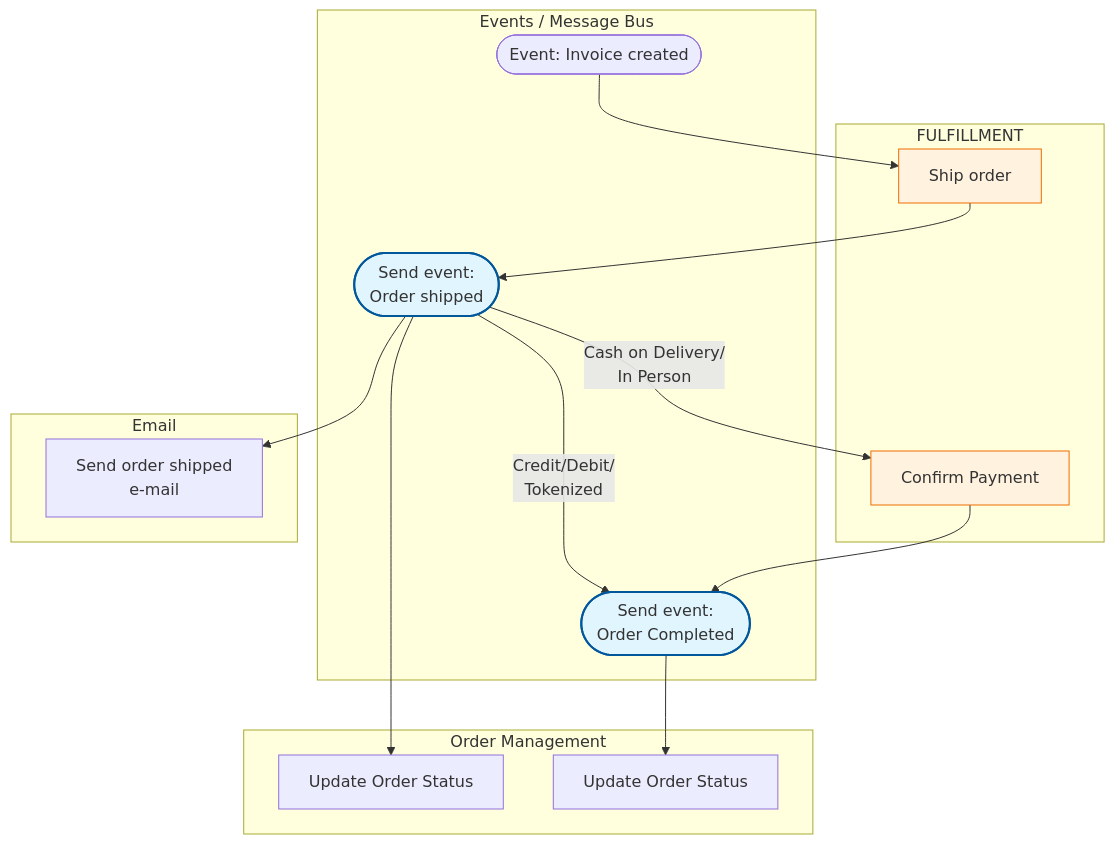
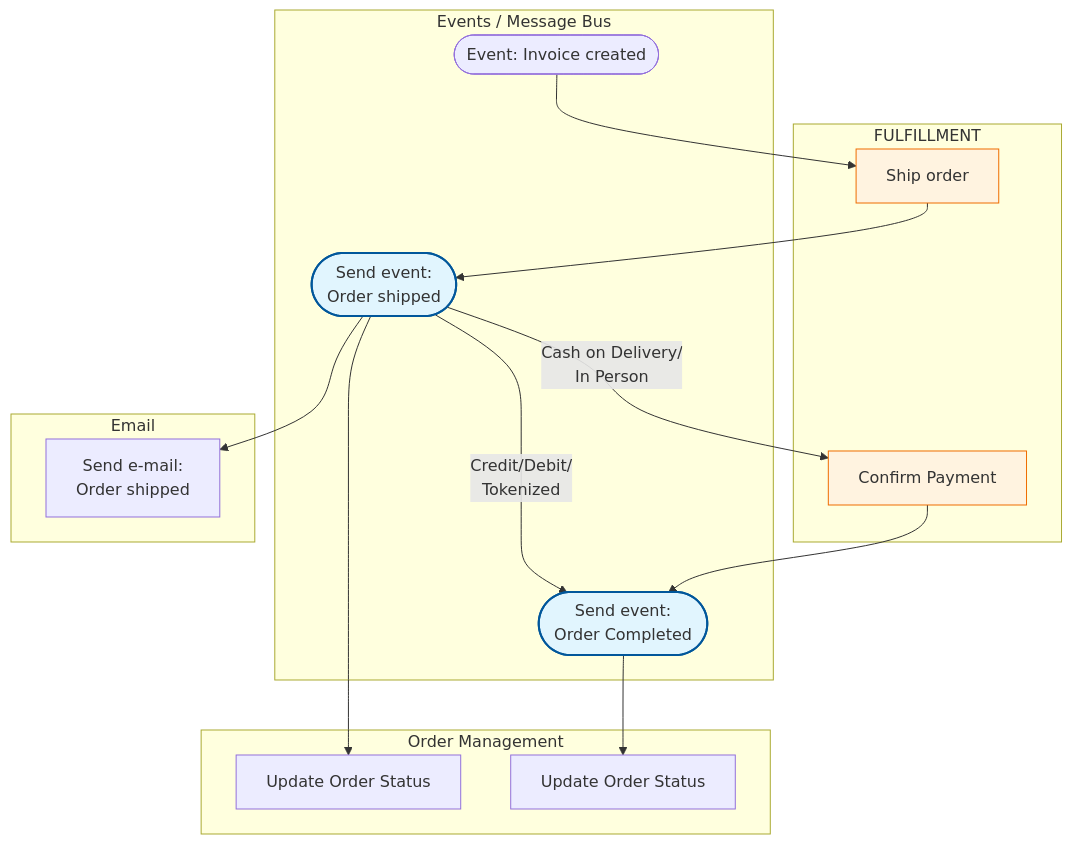
One commit to RobertoFreireDev/Order-Management changed the third of 3 diagrams in README.md. Above: the diagram before and after it, drawn with Mermaid. The commit also changed other lines of this file, not shown here.

````diff
--- a/README.md
+++ b/README.md
@@ -119,42 +126,42 @@
 ```mermaid
 flowchart TD
     %% Subgraph Styling
     classDef event fill:#e1f5fe,stroke:#01579b,stroke-width:2px;
     classDef fulfill fill:#fff3e0,stroke:#ef6c00,stroke-width:1px;
 
     subgraph Fulfillment [FULFILLMENT]
         U[Ship order]
         Q[Confirm Payment]
     end
 
     subgraph Events [Events / Message Bus]
         S([Event: Invoice created])
         P([Send event:<br/>Order shipped])
         W([Send event:<br/>Order Completed])
     end
 
     subgraph Order_Management [Order Management]
         N[Update Order Status]
         R[Update Order Status]
     end
 
     subgraph Email [Email]
-        O[Send order shipped<br/>e-mail]
+        O[Send e-mail:<br/> Order shipped]
     end
 
     %% Shipping Flow
     S --> U
     U --> P
     
     %% Final Updates
     P --> O
     P --> N
     P --> |"Cash on Delivery/<br/>In Person"| Q
     P --> |"Credit/Debit/<br/>Tokenized"| W
     Q --> W
     W --> R
 
     %% Class Assignments
     class P,W event;
     class U,Q fulfill;
 ```
````
